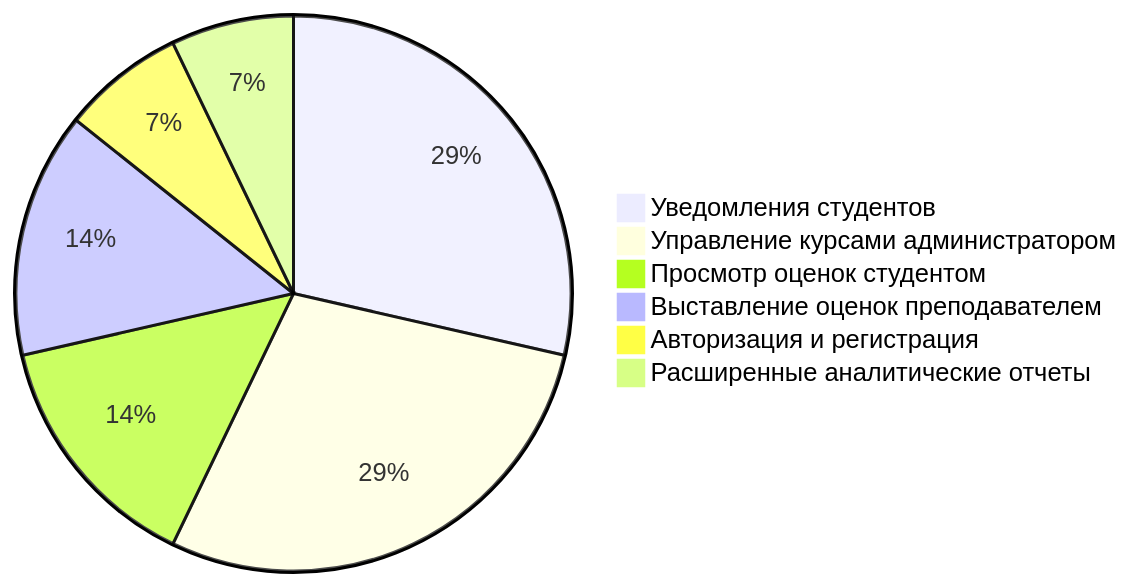
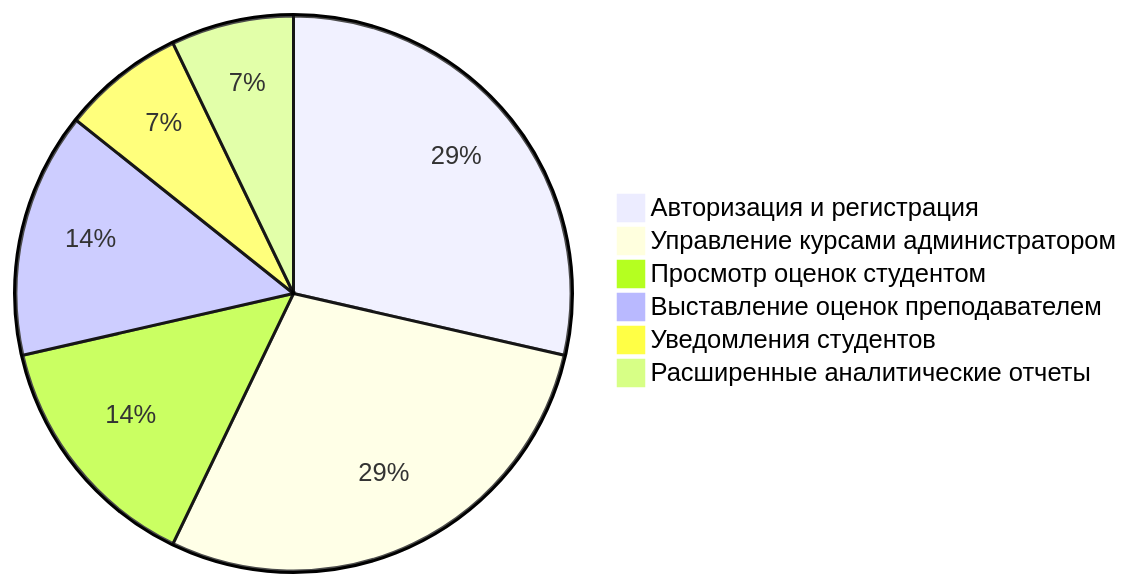
The third of 4 diagrams in README.md (nikno8/mermaid-practice), drawn with Mermaid before and after one commit.

````diff
--- a/README.md
+++ b/README.md
@@ -71,9 +71,9 @@
 ```mermaid
 pie
-    "Уведомления студентов" : 40
+    "Авторизация и регистрация" : 40
     "Управление курсами администратором" : 40
     "Просмотр оценок студентом" : 20
     "Выставление оценок преподавателем" : 20
-    "Авторизация и регистрация" : 10
+    "Уведомления студентов" : 10
     "Расширенные аналитические отчеты" : 10
 ```
````
